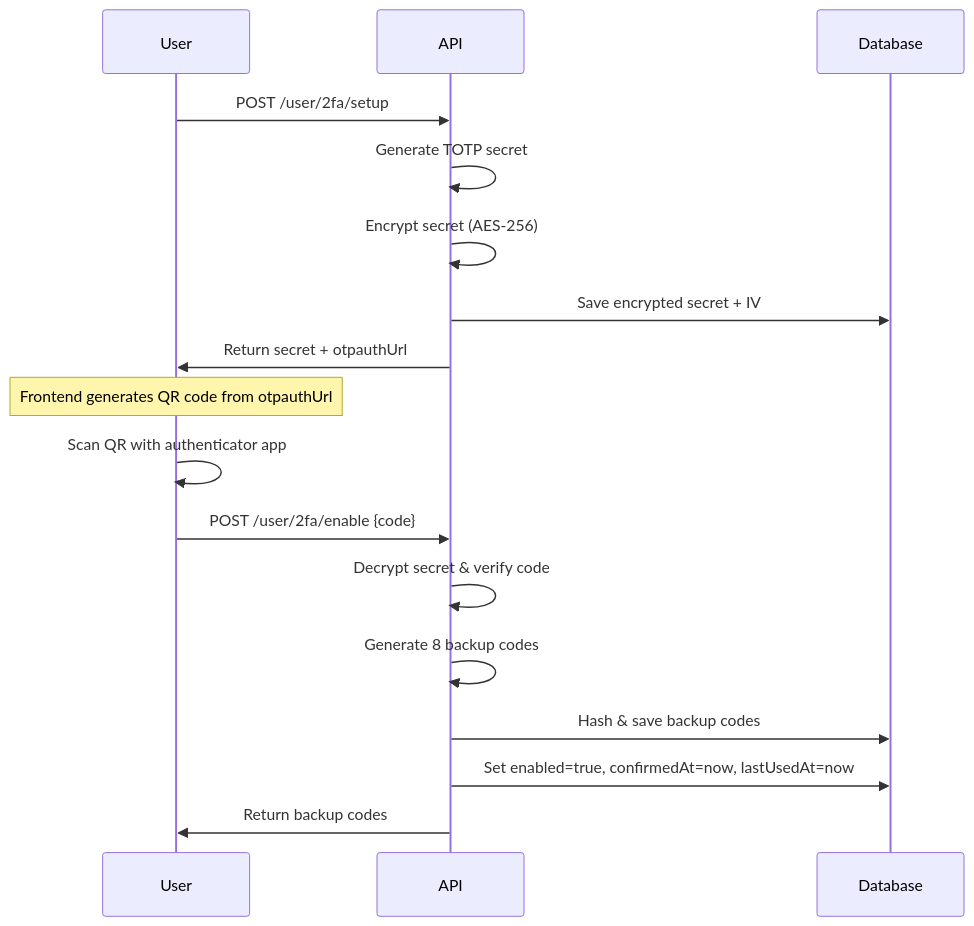
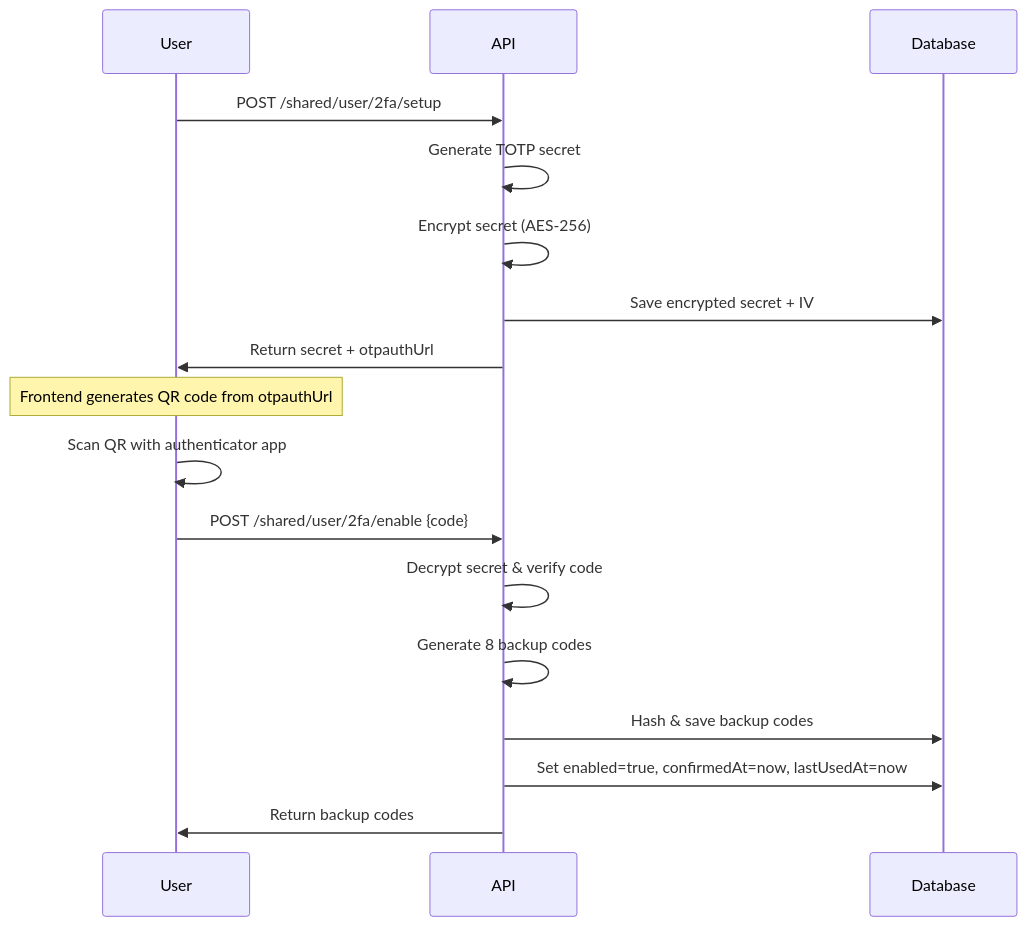
Before and after one commit to andrechristikan/ack-nestjs-boilerplate: the first of 9 diagrams in docs/two-factor.md, drawn with Mermaid. The commit also changed other lines of this file and 31 other files, not shown here.

````diff
--- a/docs/two-factor.md
+++ b/docs/two-factor.md
@@ -186,20 +186,20 @@
 ```mermaid
 sequenceDiagram
     participant User
     participant API
     participant Database
 
-    User->>API: POST /user/2fa/setup
+    User->>API: POST /shared/user/2fa/setup
     API->>API: Generate TOTP secret
     API->>API: Encrypt secret (AES-256)
     API->>Database: Save encrypted secret + IV
     API->>User: Return secret + otpauthUrl
     Note over User: Frontend generates QR code from otpauthUrl
     User->>User: Scan QR with authenticator app
-    User->>API: POST /user/2fa/enable {code}
+    User->>API: POST /shared/user/2fa/enable {code}
     API->>API: Decrypt secret & verify code
     API->>API: Generate 8 backup codes
     API->>Database: Hash & save backup codes
     API->>Database: Set enabled=true, confirmedAt=now, lastUsedAt=now
     API->>User: Return backup codes
 ```
````
